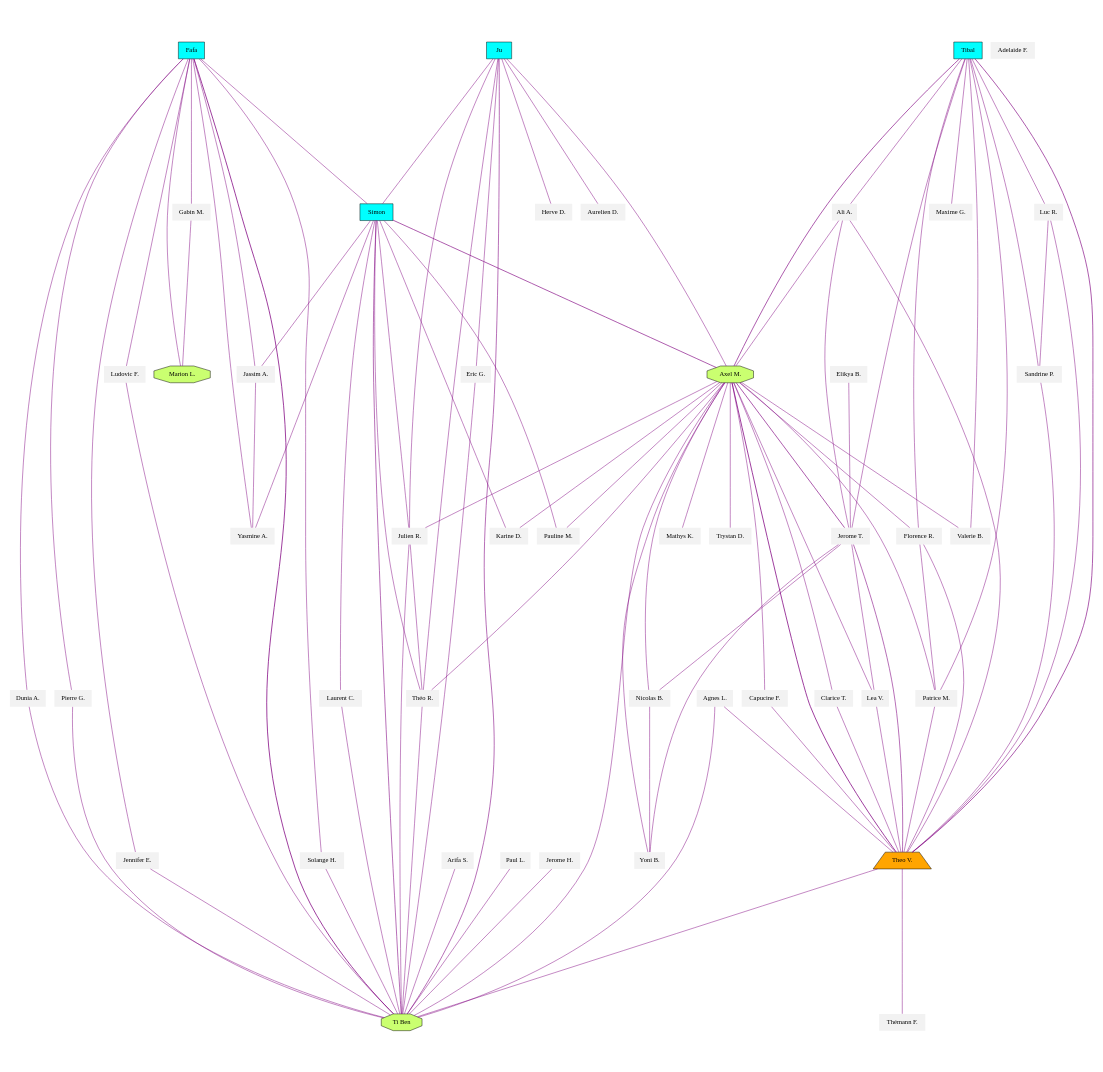
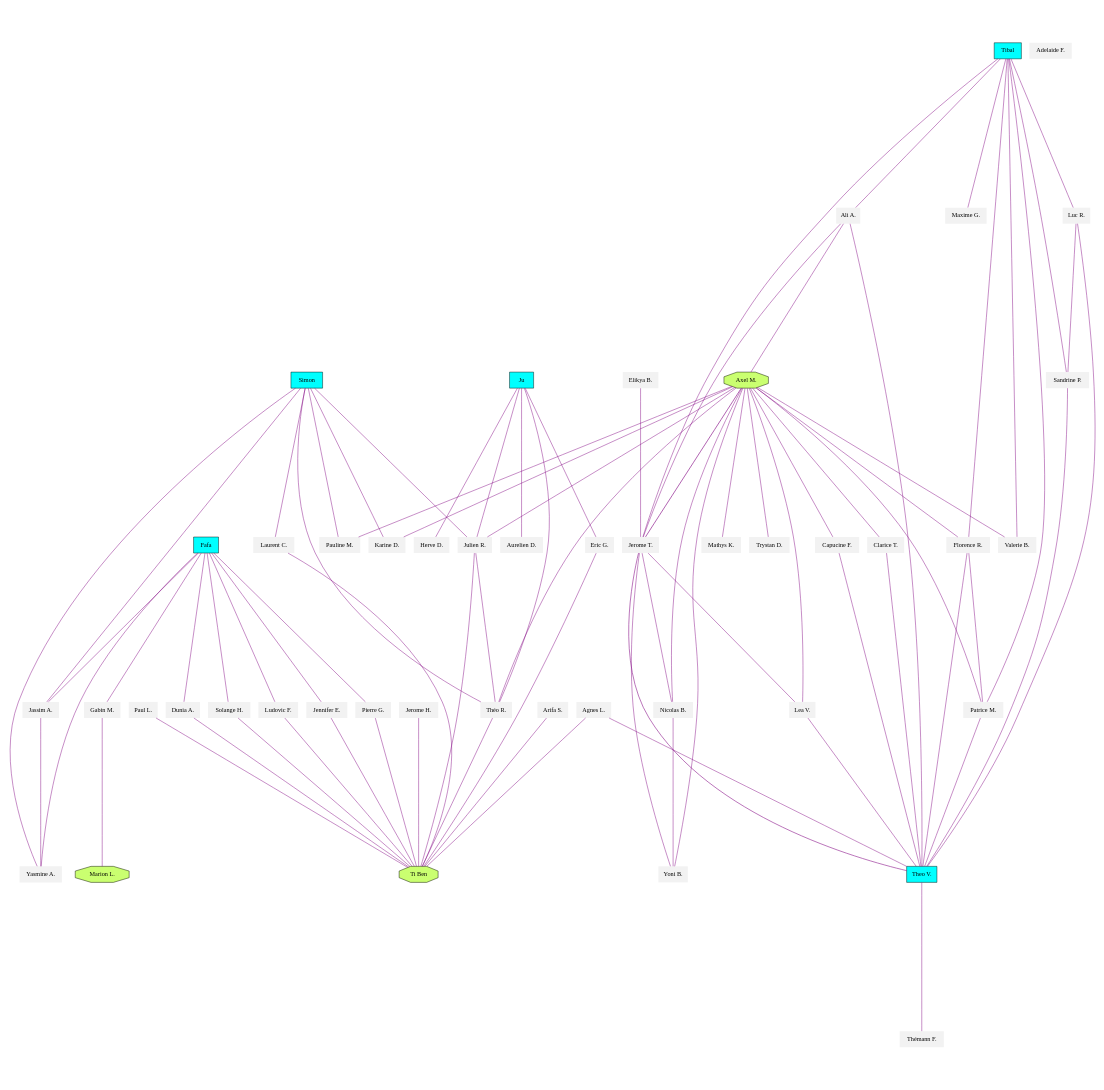
The diagram in jumpers_BI-PLACES.dot (GuilhemRep/sauts), drawn with Graphviz before and after one commit. The commit also changed 11 other files, not shown here.

Commit message:
better graphs

```diff
--- a/jumpers_BI-PLACES.dot
+++ b/jumpers_BI-PLACES.dot
@@ -1,141 +1,128 @@
 graph Jumpers {
 	graph [overlap=false ratio=1 size="15,15" splines=true]
+	"Thémann F." [fillcolor=gray95 shape=none style=filled]
+	"Jassim A." [fillcolor=gray95 shape=none style=filled]
+	"Marion L." [fillcolor=darkolivegreen1 shape=octagon style=filled]
+	"Pauline M." [fillcolor=gray95 shape=none style=filled]
+	"Jerome H." [fillcolor=gray95 shape=none style=filled]
+	"Mathys K." [fillcolor=gray95 shape=none style=filled]
+	"Théo R." [fillcolor=gray95 shape=none style=filled]
+	"Clarice T." [fillcolor=gray95 shape=none style=filled]
+	"Agnes L." [fillcolor=gray95 shape=none style=filled]
+	"Capucine F." [fillcolor=gray95 shape=none style=filled]
+	"Jennifer E." [fillcolor=gray95 shape=none style=filled]
+	"Jerome T." [fillcolor=gray95 shape=none style=filled]
+	"Ti Ben" [fillcolor=darkolivegreen1 shape=octagon style=filled]
+	"Julien R." [fillcolor=gray95 shape=none style=filled]
+	"Elikya B." [fillcolor=gray95 shape=none style=filled]
+	"Arifa S." [fillcolor=gray95 shape=none style=filled]
+	"Eric G." [fillcolor=gray95 shape=none style=filled]
+	"Axel M." [fillcolor=darkolivegreen1 shape=octagon style=filled]
+	"Yasmine A." [fillcolor=gray95 shape=none style=filled]
+	"Pierre G." [fillcolor=gray95 shape=none style=filled]
+	" Fafa " [fillcolor=cyan shape=rectangle style=filled]
 	"Dunia A." [fillcolor=gray95 shape=none style=filled]
+	" Tibal " [fillcolor=cyan shape=rectangle style=filled]
 	"Solange H." [fillcolor=gray95 shape=none style=filled]
+	"Laurent C." [fillcolor=gray95 shape=none style=filled]
+	"Sandrine P." [fillcolor=gray95 shape=none style=filled]
+	"Maxime G." [fillcolor=gray95 shape=none style=filled]
+	"Karine D." [fillcolor=gray95 shape=none style=filled]
+	"Ali A." [fillcolor=gray95 shape=none style=filled]
+	"Nicolas B." [fillcolor=gray95 shape=none style=filled]
+	"Lea V." [fillcolor=gray95 shape=none style=filled]
+	"Florence R." [fillcolor=gray95 shape=none style=filled]
+	"Aurelien D." [fillcolor=gray95 shape=none style=filled]
+	"Valerie B." [fillcolor=gray95 shape=none style=filled]
+	"Herve D." [fillcolor=gray95 shape=none style=filled]
+	"Patrice M." [fillcolor=gray95 shape=none style=filled]
+	"Gabin M." [fillcolor=gray95 shape=none style=filled]
+	"Theo V." [fillcolor=cyan shape=rectangle style=filled]
 	"Trystan D." [fillcolor=gray95 shape=none style=filled]
-	"Lea V." [fillcolor=gray95 shape=none style=filled]
-	"Arifa S." [fillcolor=gray95 shape=none style=filled]
-	"Clarice T." [fillcolor=gray95 shape=none style=filled]
 	"Yoni B." [fillcolor=gray95 shape=none style=filled]
-	"Jassim A." [fillcolor=gray95 shape=none style=filled]
-	"Sandrine P." [fillcolor=gray95 shape=none style=filled]
-	"Ali A." [fillcolor=gray95 shape=none style=filled]
-	"Elikya B." [fillcolor=gray95 shape=none style=filled]
-	"Patrice M." [fillcolor=gray95 shape=none style=filled]
+	"Adelaide F." [fillcolor=gray95 shape=none style=filled]
+	"Paul L." [fillcolor=gray95 shape=none style=filled]
+	"Ludovic F." [fillcolor=gray95 shape=none style=filled]
 	" Simon " [fillcolor=cyan shape=rectangle style=filled]
-	"Thémann F." [fillcolor=gray95 shape=none style=filled]
-	"Herve D." [fillcolor=gray95 shape=none style=filled]
-	"Laurent C." [fillcolor=gray95 shape=none style=filled]
-	"Théo R." [fillcolor=gray95 shape=none style=filled]
-	"Mathys K." [fillcolor=gray95 shape=none style=filled]
-	"Adelaide F." [fillcolor=gray95 shape=none style=filled]
-	"Pierre G." [fillcolor=gray95 shape=none style=filled]
-	"Nicolas B." [fillcolor=gray95 shape=none style=filled]
-	"Theo V." [fillcolor=orange shape=trapezium style=filled]
-	"Paul L." [fillcolor=gray95 shape=none style=filled]
-	"Jerome T." [fillcolor=gray95 shape=none style=filled]
-	"Aurelien D." [fillcolor=gray95 shape=none style=filled]
-	"Agnes L." [fillcolor=gray95 shape=none style=filled]
 	" Ju " [fillcolor=cyan shape=rectangle style=filled]
-	"Axel M." [fillcolor=darkolivegreen1 shape=octagon style=filled]
-	"Jennifer E." [fillcolor=gray95 shape=none style=filled]
-	"Jerome H." [fillcolor=gray95 shape=none style=filled]
-	"Valerie B." [fillcolor=gray95 shape=none style=filled]
-	"Karine D." [fillcolor=gray95 shape=none style=filled]
-	" Fafa " [fillcolor=cyan shape=rectangle style=filled]
-	"Marion L." [fillcolor=darkolivegreen1 shape=octagon style=filled]
-	"Florence R." [fillcolor=gray95 shape=none style=filled]
-	"Maxime G." [fillcolor=gray95 shape=none style=filled]
-	"Yasmine A." [fillcolor=gray95 shape=none style=filled]
-	" Tibal " [fillcolor=cyan shape=rectangle style=filled]
 	"Luc R." [fillcolor=gray95 shape=none style=filled]
-	"Eric G." [fillcolor=gray95 shape=none style=filled]
-	"Ludovic F." [fillcolor=gray95 shape=none style=filled]
-	"Julien R." [fillcolor=gray95 shape=none style=filled]
-	"Ti Ben" [fillcolor=darkolivegreen1 shape=octagon style=filled]
-	"Gabin M." [fillcolor=gray95 shape=none style=filled]
-	"Capucine F." [fillcolor=gray95 shape=none style=filled]
-	"Pauline M." [fillcolor=gray95 shape=none style=filled]
 	" Ju " -- "Herve D." [color=purple len=1.5 penwidth=1.0]
 	" Fafa " -- "Jennifer E." [color=purple len=1.0 penwidth=1.0]
 	"Jennifer E." -- "Ti Ben" [color=purple len=1.0 penwidth=1.0]
-	" Fafa " -- "Ti Ben" [color=purple len=1.0 penwidth=1.618033988749895]
 	" Fafa " -- "Dunia A." [color=purple len=1.0 penwidth=1.0]
 	"Dunia A." -- "Ti Ben" [color=purple len=1.0 penwidth=1.0]
 	" Ju " -- "Eric G." [color=purple len=1.0 penwidth=1.0]
 	"Eric G." -- "Ti Ben" [color=purple len=1.0 penwidth=1.0]
-	" Ju " -- "Ti Ben" [color=purple len=1.0 penwidth=1.2071067811865475]
 	" Ju " -- "Aurelien D." [color=purple len=1.5 penwidth=1.0]
 	"Capucine F." -- "Theo V." [color=purple len=1.0 penwidth=1.0]
 	"Axel M." -- "Capucine F." [color=purple len=1.0 penwidth=1.0]
-	"Axel M." -- "Theo V." [color=purple len=1.0 penwidth=1.618033988749895]
 	" Fafa " -- "Ludovic F." [color=purple len=1.0 penwidth=1.0]
 	"Ludovic F." -- "Ti Ben" [color=purple len=1.0 penwidth=1.0]
 	" Fafa " -- "Solange H." [color=purple len=1.0 penwidth=1.0]
 	"Solange H." -- "Ti Ben" [color=purple len=1.0 penwidth=1.0]
 	" Simon " -- "Karine D." [color=purple len=1.0 penwidth=1.0]
 	"Axel M." -- "Karine D." [color=purple len=1.0 penwidth=1.0]
-	" Simon " -- "Axel M." [color=purple len=1.0 penwidth=1.3660254037844386]
 	" Fafa " -- "Pierre G." [color=purple len=1.0 penwidth=1.0]
 	"Pierre G." -- "Ti Ben" [color=purple len=1.0 penwidth=1.0]
 	"Agnes L." -- "Theo V." [color=purple len=1.0 penwidth=1.0]
 	"Agnes L." -- "Ti Ben" [color=purple len=1.0 penwidth=1.0]
-	"Theo V." -- "Ti Ben" [color=purple len=1.0 penwidth=1.0]
 	" Simon " -- "Pauline M." [color=purple len=1.0 penwidth=1.0]
 	"Axel M." -- "Pauline M." [color=purple len=1.0 penwidth=1.0]
 	" Fafa " -- "Gabin M." [color=purple len=1.0 penwidth=1.0]
 	"Gabin M." -- "Marion L." [color=purple len=1.0 penwidth=1.0]
-	" Fafa " -- "Marion L." [color=purple len=1.0 penwidth=1.0]
 	" Ju " -- "Théo R." [color=purple len=1.0 penwidth=1.0]
 	"Théo R." -- "Ti Ben" [color=purple len=1.0 penwidth=1.0]
 	"Julien R." -- "Théo R." [color=purple len=1.0 penwidth=1.0]
 	" Simon " -- "Théo R." [color=purple len=1.0 penwidth=1.0]
 	"Axel M." -- "Théo R." [color=purple len=1.0 penwidth=1.0]
 	" Ju " -- "Julien R." [color=purple len=1.0 penwidth=1.0]
-	" Ju " -- " Simon " [color=purple len=1.0 penwidth=1.0]
-	" Ju " -- "Axel M." [color=purple len=1.0 penwidth=1.0]
 	"Julien R." -- "Ti Ben" [color=purple len=1.0 penwidth=1.0]
-	" Simon " -- "Ti Ben" [color=purple len=1.0 penwidth=1.2071067811865475]
-	"Axel M." -- "Ti Ben" [color=purple len=1.0 penwidth=1.0]
 	" Simon " -- "Julien R." [color=purple len=1.0 penwidth=1.0]
 	"Axel M." -- "Julien R." [color=purple len=1.0 penwidth=1.0]
 	" Simon " -- "Jassim A." [color=purple len=1.0 penwidth=1.0]
 	"Jassim A." -- "Yasmine A." [color=purple len=1.0 penwidth=1.0]
 	" Fafa " -- "Jassim A." [color=purple len=1.0 penwidth=1.0]
 	" Simon " -- "Yasmine A." [color=purple len=1.0 penwidth=1.0]
-	" Fafa " -- " Simon " [color=purple len=1.0 penwidth=1.0]
 	" Fafa " -- "Yasmine A." [color=purple len=1.0 penwidth=1.0]
 	" Simon " -- "Laurent C." [color=purple len=1.0 penwidth=1.0]
 	"Laurent C." -- "Ti Ben" [color=purple len=1.0 penwidth=1.0]
 	"Theo V." -- "Thémann F." [color=purple len=1.5 penwidth=1.0]
 	"Paul L." -- "Ti Ben" [color=purple len=1.5 penwidth=1.0]
 	"Clarice T." -- "Theo V." [color=purple len=1.0 penwidth=1.0]
 	"Axel M." -- "Clarice T." [color=purple len=1.0 penwidth=1.0]
 	"Jerome T." -- "Lea V." [color=purple len=1.0 penwidth=1.0]
 	"Lea V." -- "Theo V." [color=purple len=1.0 penwidth=1.0]
 	"Axel M." -- "Lea V." [color=purple len=1.0 penwidth=1.0]
 	"Jerome T." -- "Theo V." [color=purple len=1.0 penwidth=1.2071067811865475]
 	"Axel M." -- "Jerome T." [color=purple len=1.0 penwidth=1.3660254037844386]
 	"Luc R." -- "Theo V." [color=purple len=1.0 penwidth=1.0]
-	" Tibal " -- "Theo V." [color=purple len=1.0 penwidth=1.3660254037844386]
 	"Sandrine P." -- "Theo V." [color=purple len=1.0 penwidth=1.0]
 	" Tibal " -- "Luc R." [color=purple len=1.0 penwidth=1.0]
 	"Luc R." -- "Sandrine P." [color=purple len=1.0 penwidth=1.0]
 	" Tibal " -- "Sandrine P." [color=purple len=1.0 penwidth=1.0]
 	"Arifa S." -- "Ti Ben" [color=purple len=1.5 penwidth=1.0]
 	"Jerome H." -- "Ti Ben" [color=purple len=1.5 penwidth=1.0]
 	"Axel M." -- "Trystan D." [color=purple len=1.5 penwidth=1.0]
-	" Tibal " -- "Axel M." [color=purple len=1.0 penwidth=1.3660254037844386]
 	" Tibal " -- "Ali A." [color=purple len=1.0 penwidth=1.0]
 	" Tibal " -- "Jerome T." [color=purple len=1.0 penwidth=1.0]
 	"Ali A." -- "Axel M." [color=purple len=1.0 penwidth=1.0]
 	"Ali A." -- "Theo V." [color=purple len=1.0 penwidth=1.0]
 	"Ali A." -- "Jerome T." [color=purple len=1.0 penwidth=1.0]
 	"Jerome T." -- "Nicolas B." [color=purple len=1.0 penwidth=1.0]
 	"Nicolas B." -- "Yoni B." [color=purple len=1.0 penwidth=1.0]
 	"Axel M." -- "Nicolas B." [color=purple len=1.0 penwidth=1.0]
 	"Jerome T." -- "Yoni B." [color=purple len=1.0 penwidth=1.0]
 	"Axel M." -- "Yoni B." [color=purple len=1.0 penwidth=1.0]
 	"Axel M." -- "Mathys K." [color=purple len=1.5 penwidth=1.0]
 	" Tibal " -- "Valerie B." [color=purple len=1.0 penwidth=1.0]
 	"Axel M." -- "Valerie B." [color=purple len=1.0 penwidth=1.0]
 	"Elikya B." -- "Jerome T." [color=purple len=1.5 penwidth=1.0]
 	"Patrice M." -- "Theo V." [color=purple len=1.0 penwidth=1.0]
 	"Axel M." -- "Patrice M." [color=purple len=1.0 penwidth=1.0]
 	"Florence R." -- "Patrice M." [color=purple len=1.0 penwidth=1.0]
 	" Tibal " -- "Patrice M." [color=purple len=1.0 penwidth=1.0]
 	"Florence R." -- "Theo V." [color=purple len=1.0 penwidth=1.0]
 	"Axel M." -- "Florence R." [color=purple len=1.0 penwidth=1.0]
 	" Tibal " -- "Florence R." [color=purple len=1.0 penwidth=1.0]
 	" Tibal " -- "Maxime G." [color=purple len=1.5 penwidth=1.0]
 }
```
